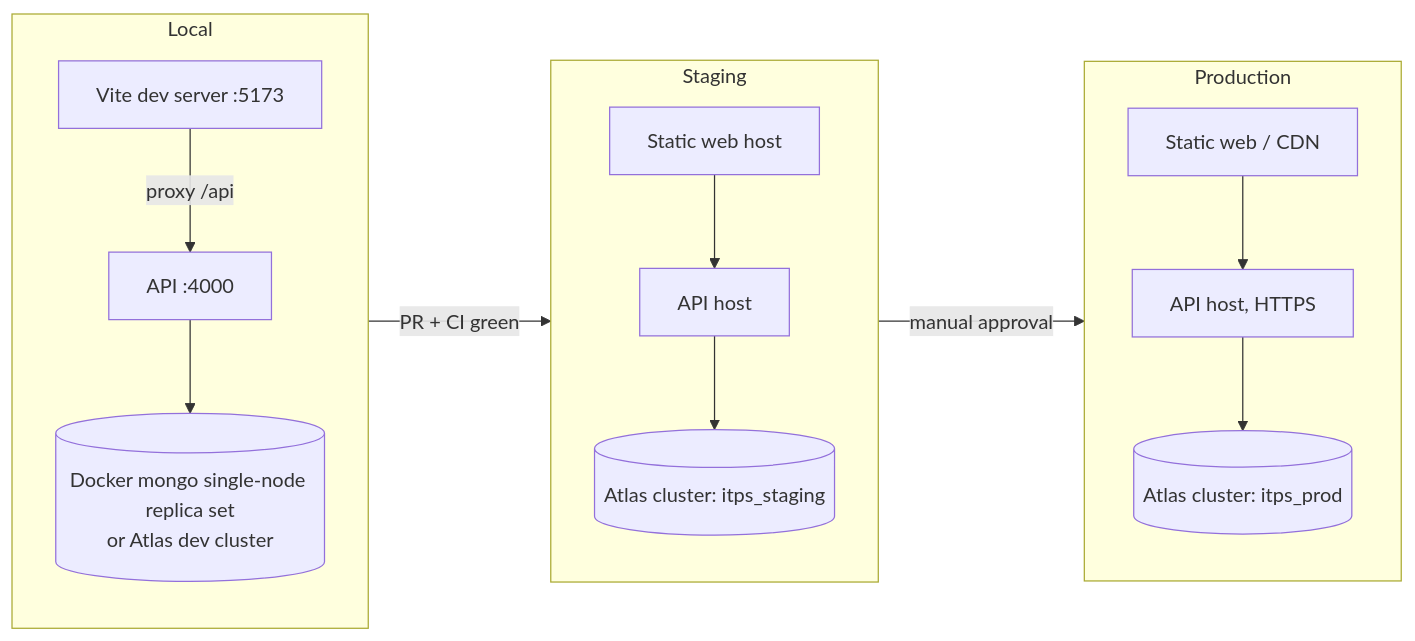
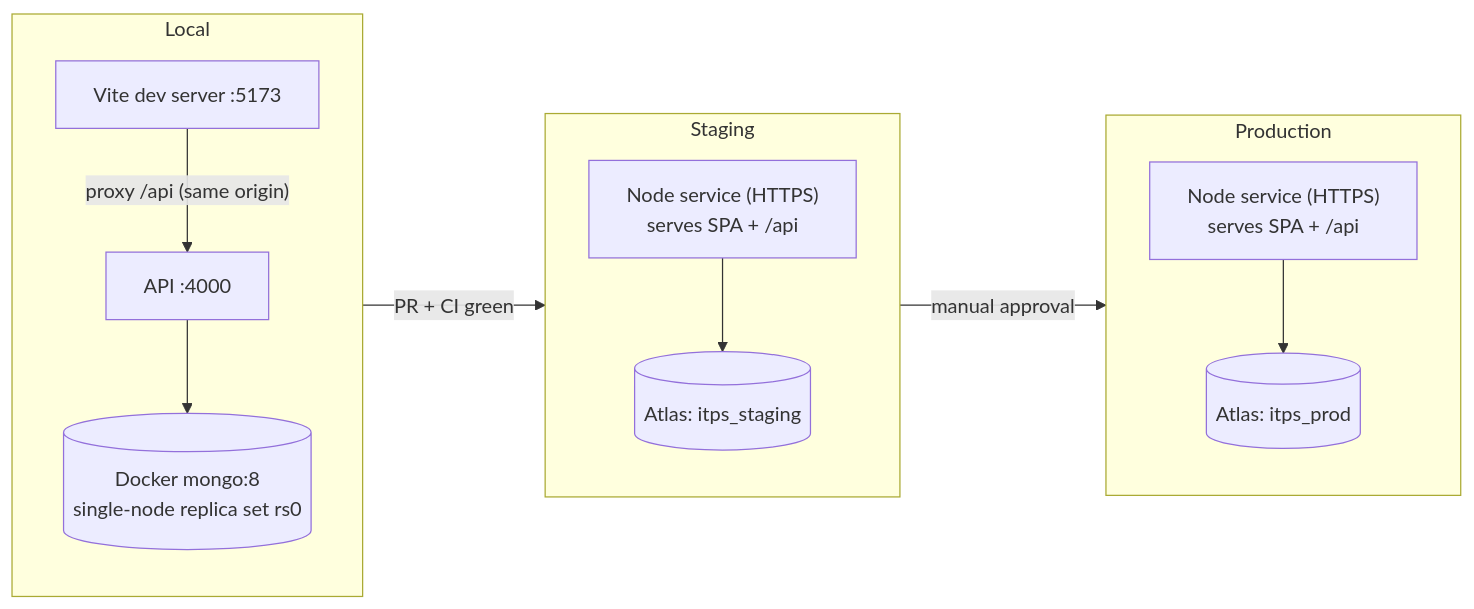
One commit to JameThaksin/it-peripheral-store changed the first of 2 diagrams in docs/architecture/DEPLOYMENT_DESIGN.md. Above: the diagram before and after it, drawn with Mermaid. The commit also changed other lines of this file and 9 other files, not shown here.

First line of the commit message:
docs: M1-003 remediate Codex M1-002 architecture audit

````diff
--- a/docs/architecture/DEPLOYMENT_DESIGN.md
+++ b/docs/architecture/DEPLOYMENT_DESIGN.md
@@ -7,16 +7,14 @@
 ```mermaid
 flowchart LR
   subgraph Local
-    LW[Vite dev server :5173] -- "proxy /api" --> LA[API :4000]
-    LA --> LDB[(Docker mongo single-node replica set<br/>or Atlas dev cluster)]
+    LW[Vite dev server :5173] -- "proxy /api (same origin)" --> LA[API :4000]
+    LA --> LDB[(Docker mongo:8<br/>single-node replica set rs0)]
   end
   subgraph Staging
-    SW[Static web host] --> SA[API host]
-    SA --> SDB[(Atlas cluster: itps_staging)]
+    SA["Node service (HTTPS)<br/>serves SPA + /api"] --> SDB[(Atlas: itps_staging)]
   end
   subgraph Production
-    PW[Static web / CDN] --> PA[API host, HTTPS]
-    PA --> PDB[(Atlas cluster: itps_prod)]
+    PA["Node service (HTTPS)<br/>serves SPA + /api"] --> PDB[(Atlas: itps_prod)]
   end
   Local -->|PR + CI green| Staging -->|manual approval| Production
 ```
````
